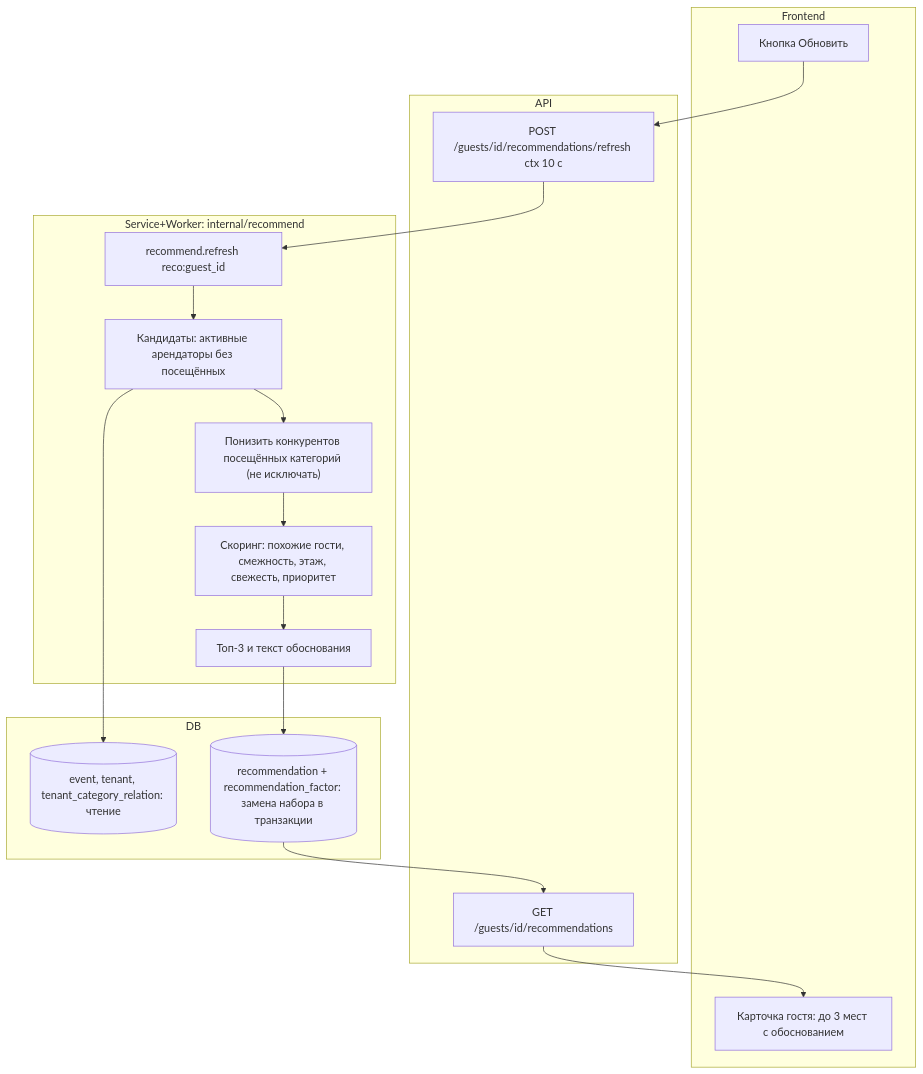
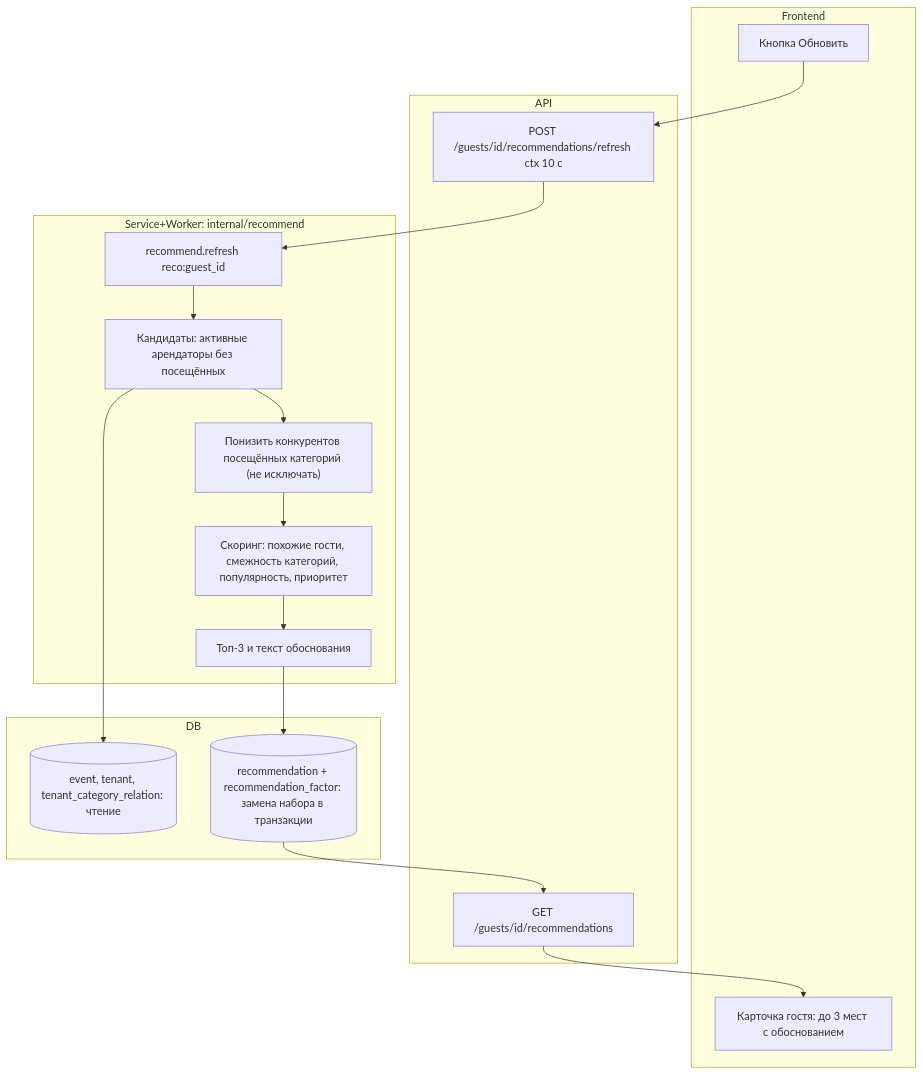
Before and after one commit to MangriMen/UCRP: the fifth of 6 diagrams in docs/design/08-activity-diagrams.md, drawn with Mermaid. The commit also changed other lines of this file and 195 other files, not shown here.

````diff
--- a/docs/design/08-activity-diagrams.md
+++ b/docs/design/08-activity-diagrams.md
@@ -144,26 +138,26 @@
 ```mermaid
 flowchart TB
   subgraph FE["Frontend"]
     F1["Карточка гостя: до 3 мест с обоснованием"]
     F2["Кнопка Обновить"]
   end
   subgraph API["API"]
     A1["GET /guests/id/recommendations"]
     A2["POST /guests/id/recommendations/refresh ctx 10 с"]
   end
   subgraph WK["Service+Worker: internal/recommend"]
     W1["recommend.refresh reco:guest_id"]
     W2["Кандидаты: активные арендаторы без посещённых"]
     W3["Понизить конкурентов посещённых категорий (не исключать)"]
-    W4["Скоринг: похожие гости, смежность, этаж, свежесть, приоритет"]
+    W4["Скоринг: похожие гости, смежность категорий, популярность, приоритет"]
     W5["Топ-3 и текст обоснования"]
   end
   subgraph DB["DB"]
     D1[("event, tenant, tenant_category_relation: чтение")]
     D2[("recommendation + recommendation_factor: замена набора в транзакции")]
   end
   F2 --> A2 --> W1
   W1 --> W2 --> D1
   W2 --> W3 --> W4 --> W5 --> D2
   D2 --> A1 --> F1
 ```
````
